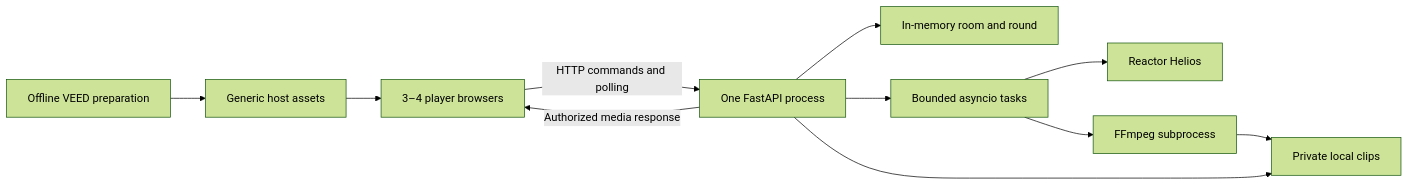
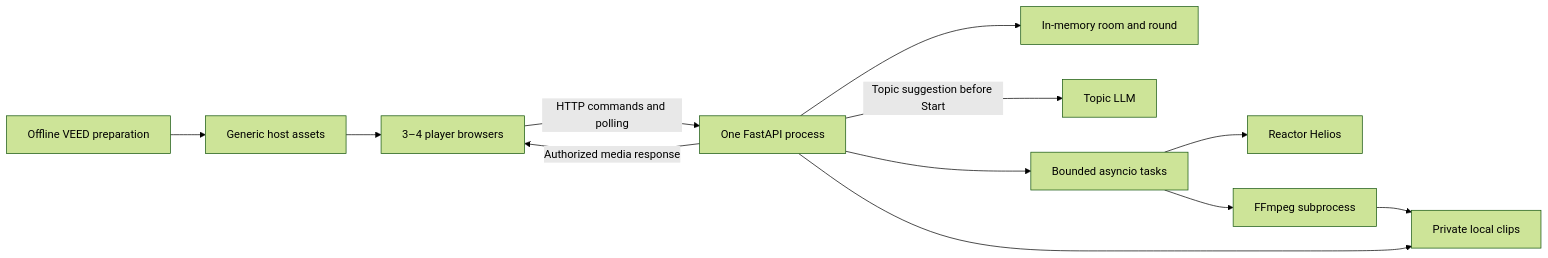
The diagram in docs/games/prompt-royale/tech-stack.md (CoralLeiCN/VIbeParty), drawn with Mermaid (forest theme) before and after one commit. The commit also changed other lines of this file and 5 other files, not shown here.

````diff
--- a/docs/games/prompt-royale/tech-stack.md
+++ b/docs/games/prompt-royale/tech-stack.md
@@ -51,13 +53,14 @@
 ```mermaid
 flowchart LR
     Phones[3–4 player browsers] -->|HTTP commands and polling| App[One FastAPI process]
     App --> State[In-memory room and round]
+    App -->|Topic suggestion before Start| LLM[Topic LLM]
     App --> Tasks[Bounded asyncio tasks]
     Tasks --> Reactor[Reactor Helios]
     Tasks --> FFmpeg[FFmpeg subprocess]
     FFmpeg --> Files[Private local clips]
     App -->|Authorized media response| Phones
     App --> Files
     VEED[Offline VEED preparation] --> Static[Generic host assets]
     Static --> Phones
 ```
````
